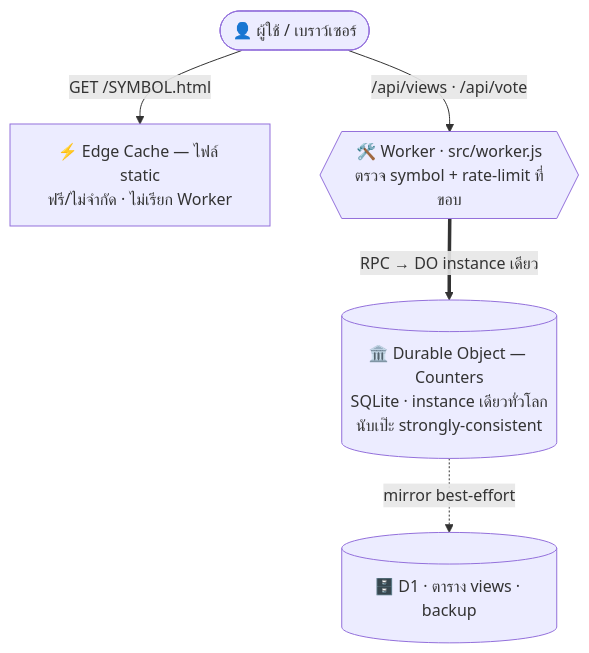
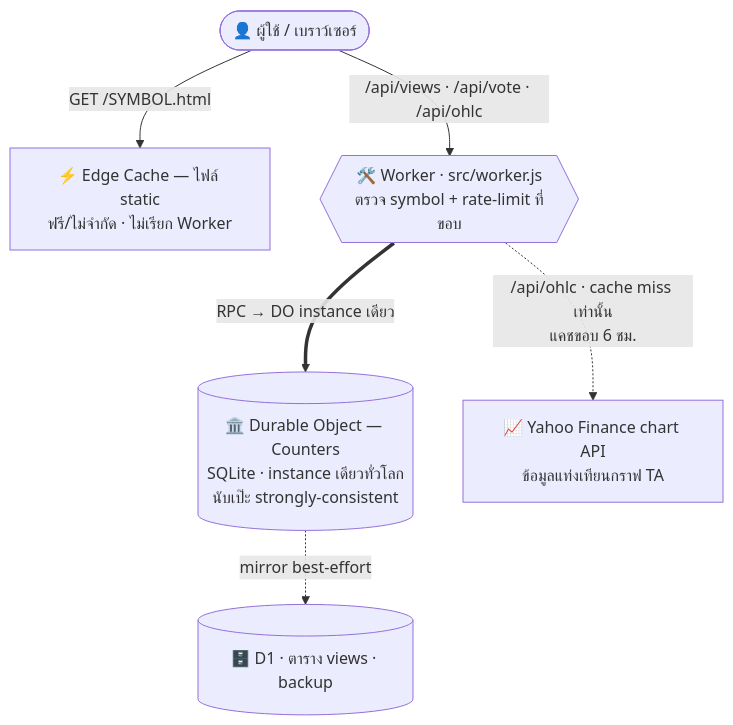
Before and after one commit to iam1412/stock-analysis: the diagram in README.md, drawn with Mermaid. The commit also changed other lines of this file and 5 other files, not shown here.

First line of the commit message:
docs: sync README + เอกสาร gate ให้ตรงระบบจริง — TA chart, prep-stock, verify 8 ขั้น

````diff
--- a/README.md
+++ b/README.md
@@ -46,8 +52,9 @@
 ```mermaid
 flowchart TD
     U(["👤 ผู้ใช้ / เบราว์เซอร์"])
     U -->|"GET /SYMBOL.html"| CACHE["⚡ Edge Cache — ไฟล์ static<br/>ฟรี/ไม่จำกัด · ไม่เรียก Worker"]
-    U -->|"/api/views · /api/vote"| W{{"🛠️ Worker · src/worker.js<br/>ตรวจ symbol + rate-limit ที่ขอบ"}}
+    U -->|"/api/views · /api/vote · /api/ohlc"| W{{"🛠️ Worker · src/worker.js<br/>ตรวจ symbol + rate-limit ที่ขอบ"}}
     W ==>|"RPC → DO instance เดียว"| DO[("🏛️ Durable Object — Counters<br/>SQLite · instance เดียวทั่วโลก<br/>นับเป๊ะ strongly-consistent")]
     DO -.->|"mirror best-effort"| D1[("🗄️ D1 · ตาราง views · backup")]
+    W -.->|"/api/ohlc · cache miss เท่านั้น<br/>แคชขอบ 6 ชม."| Y["📈 Yahoo Finance chart API<br/>ข้อมูลแท่งเทียนกราฟ TA"]
 ```
````
